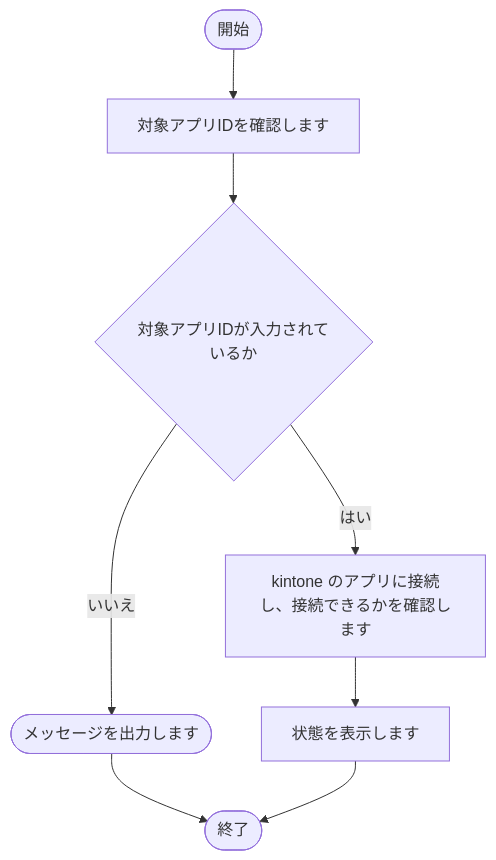
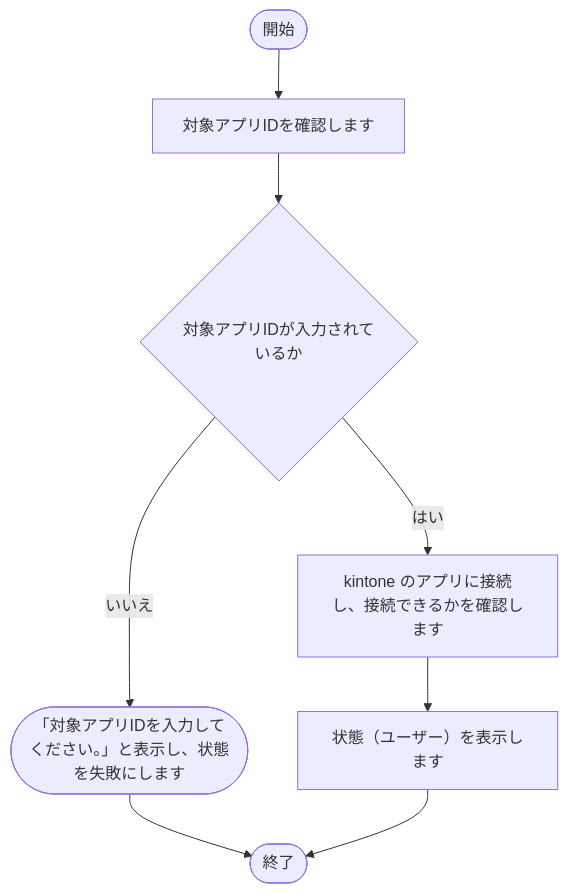
One commit to nishida2073/project_management changed diagram 18 of 28 in tool/track-aggregator/doc/02_設計/処理フロー.md. Above: the diagram before and after it, drawn with Mermaid. The commit also changed other lines of this file and 35 other files, not shown here.

````diff
--- a/tool/track-aggregator/doc/02_設計/処理フロー.md
+++ b/tool/track-aggregator/doc/02_設計/処理フロー.md
@@ -480,17 +480,17 @@
 ```mermaid
 flowchart TD
     S(["開始"])
     E(["終了"])
     N1["対象アプリIDを確認します"]
     S --> N1
     N2{"対象アプリIDが入力されているか"}
     N1 --> N2
-    X2(["メッセージを出力します"])
+    X2(["「対象アプリIDを入力してください。」と表示し、状態を失敗にします"])
     N2 -- いいえ --> X2
     X2 --> E
     N3["kintone のアプリに接続し、接続できるかを確認します"]
     N2 -- はい --> N3
-    N4["状態を表示します"]
+    N4["状態（ユーザー）を表示します"]
     N3 --> N4
     N4 --> E
 ```
````
